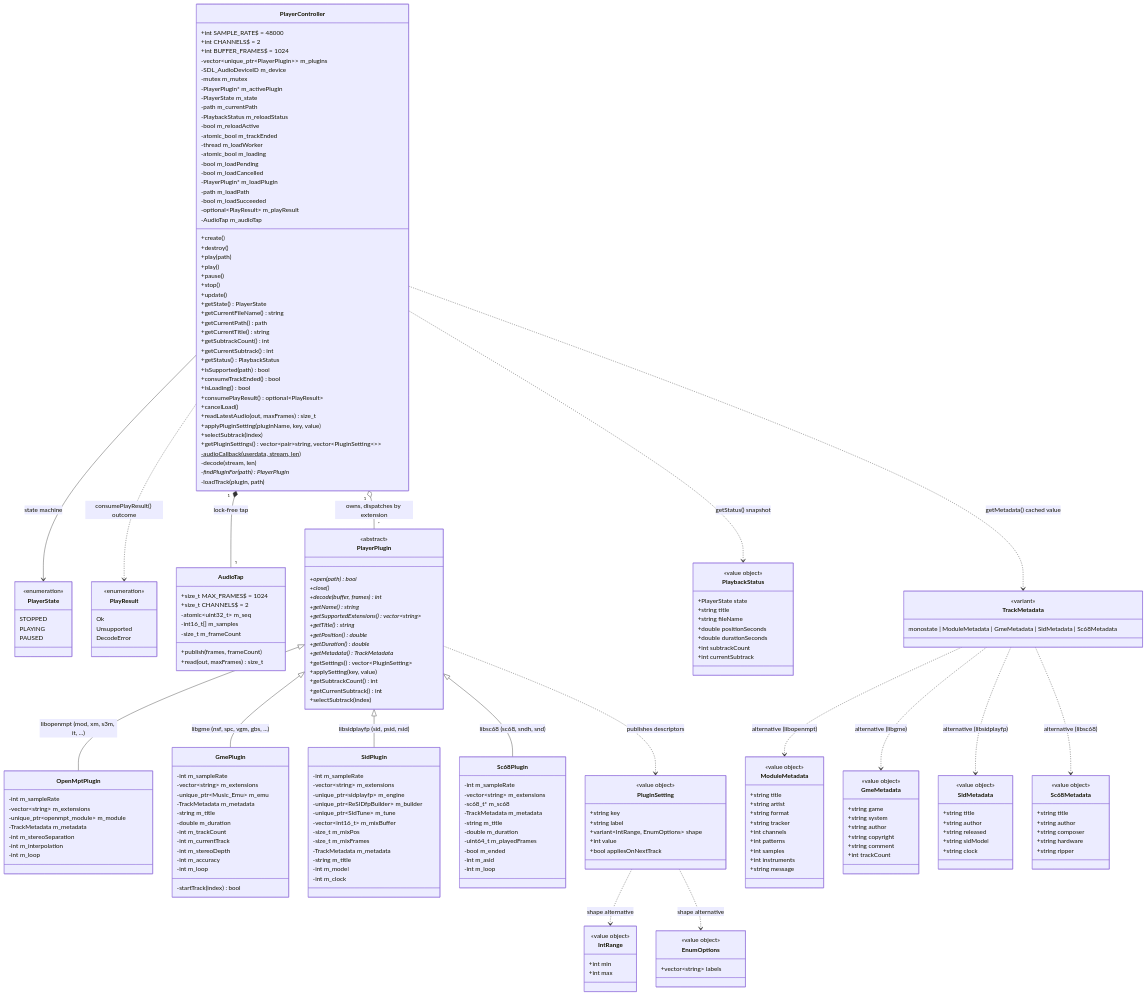
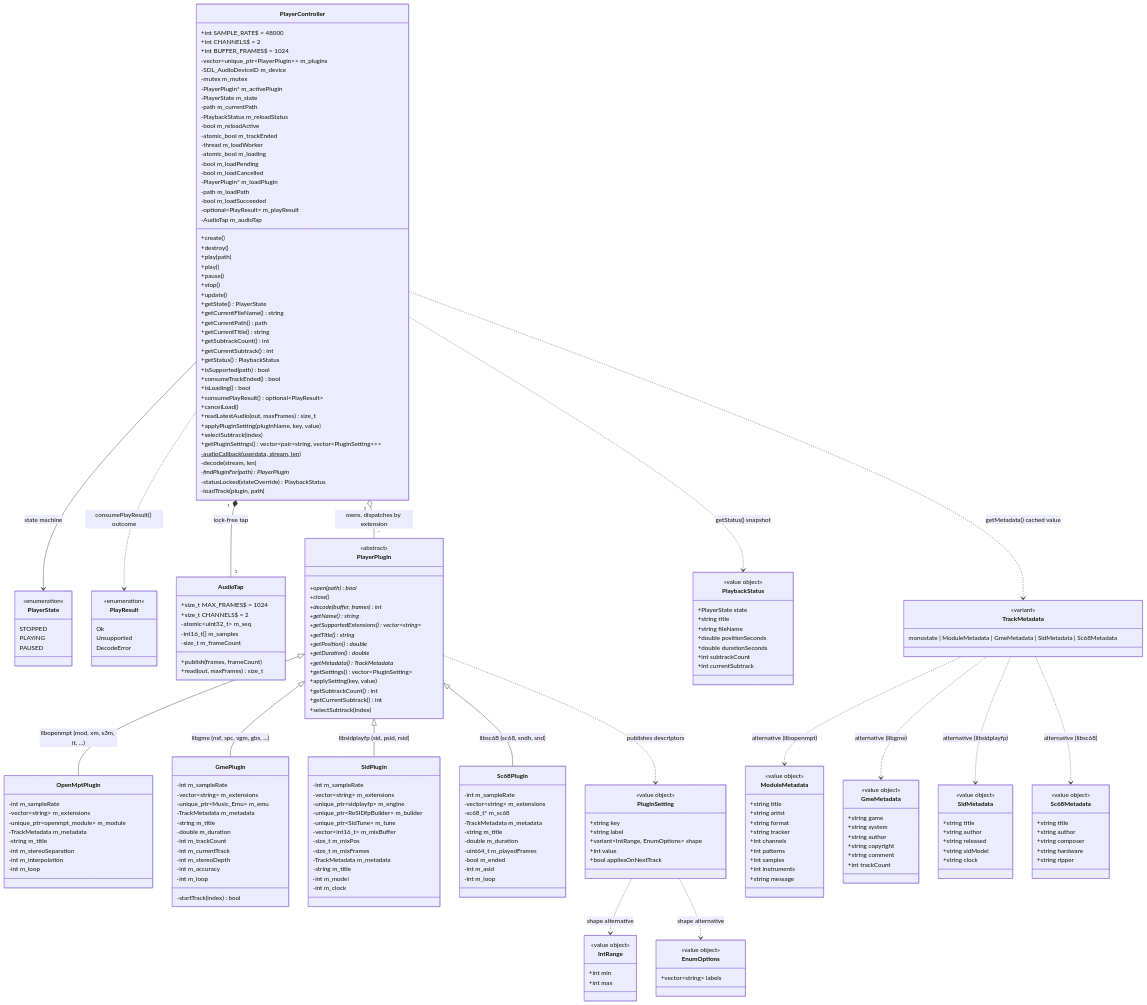
One commit to notnotme/osp2 changed the diagram in docs/audio.md. Above: the diagram before and after it, drawn with Mermaid. The commit also changed other lines of this file and 11 other files, not shown here.

First line of the commit message:
refactor(player): dedupe plugin utilities into PluginUtil.h + statusLocked (TODO_34b)

```diff
--- a/docs/audio.md
+++ b/docs/audio.md
@@ -66,6 +66,7 @@
         -audioCallback(userdata, stream, len)$
         -decode(stream, len)
         -findPluginFor(path) PlayerPlugin*
+        -statusLocked(stateOverride) PlaybackStatus
         -loadTrack(plugin, path)
     }
 
@@ -102,6 +103,7 @@
         -vector~string~ m_extensions
         -unique_ptr~openmpt_module~ m_module
         -TrackMetadata m_metadata
+        -string m_title
         -int m_stereoSeparation
         -int m_interpolation
         -int m_loop
```
